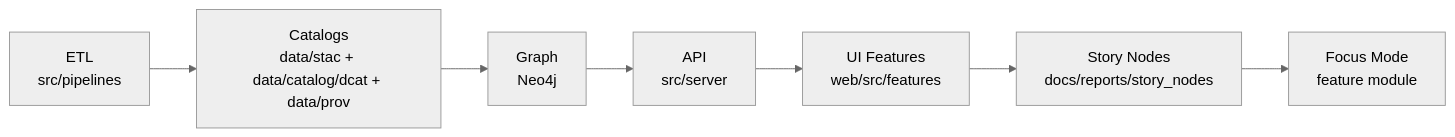
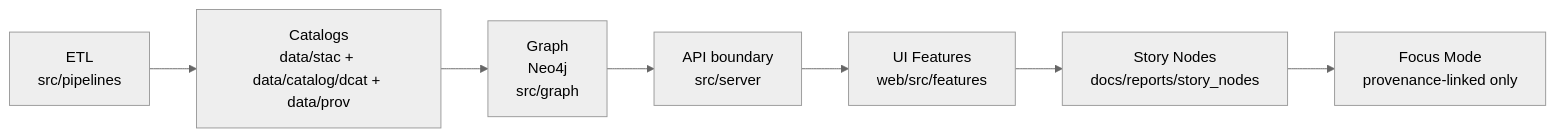
Before and after one commit to bartytime4life/Kansas-Frontier-Matrix: the first of 2 diagrams in web/src/features/README.md, drawn with Mermaid (neutral theme). The commit also changed other lines of this file, not shown here.

```diff
--- a/web/src/features/README.md
+++ b/web/src/features/README.md
@@ -220,9 +179,9 @@
 ~~~mermaid
 flowchart LR
   A[ETL<br/>src/pipelines] --> B[Catalogs<br/>data/stac + data/catalog/dcat + data/prov]
-  B --> C[Graph<br/>Neo4j]
-  C --> D[API<br/>src/server]
+  B --> C[Graph<br/>Neo4j<br/>src/graph]
+  C --> D[API boundary<br/>src/server]
   D --> E[UI Features<br/>web/src/features]
   E --> F[Story Nodes<br/>docs/reports/story_nodes]
-  F --> G[Focus Mode<br/>feature module]
+  F --> G[Focus Mode<br/>provenance-linked only]
 ~~~
```
